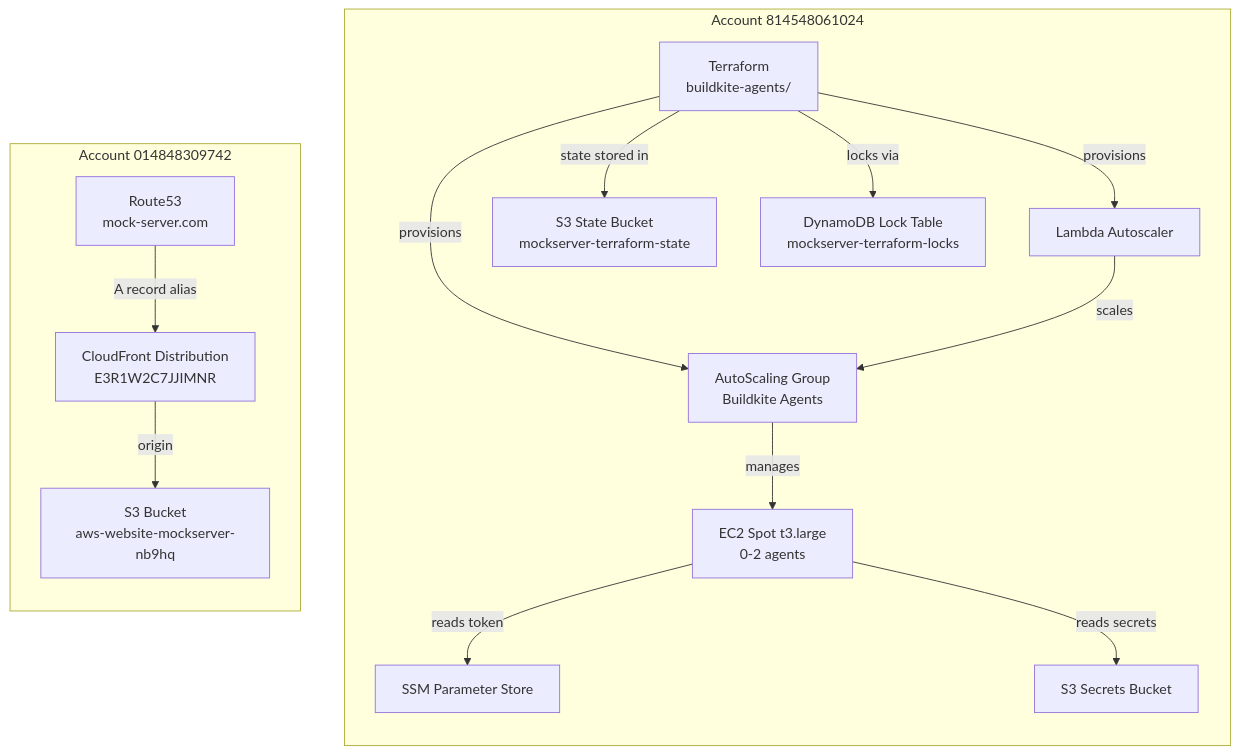
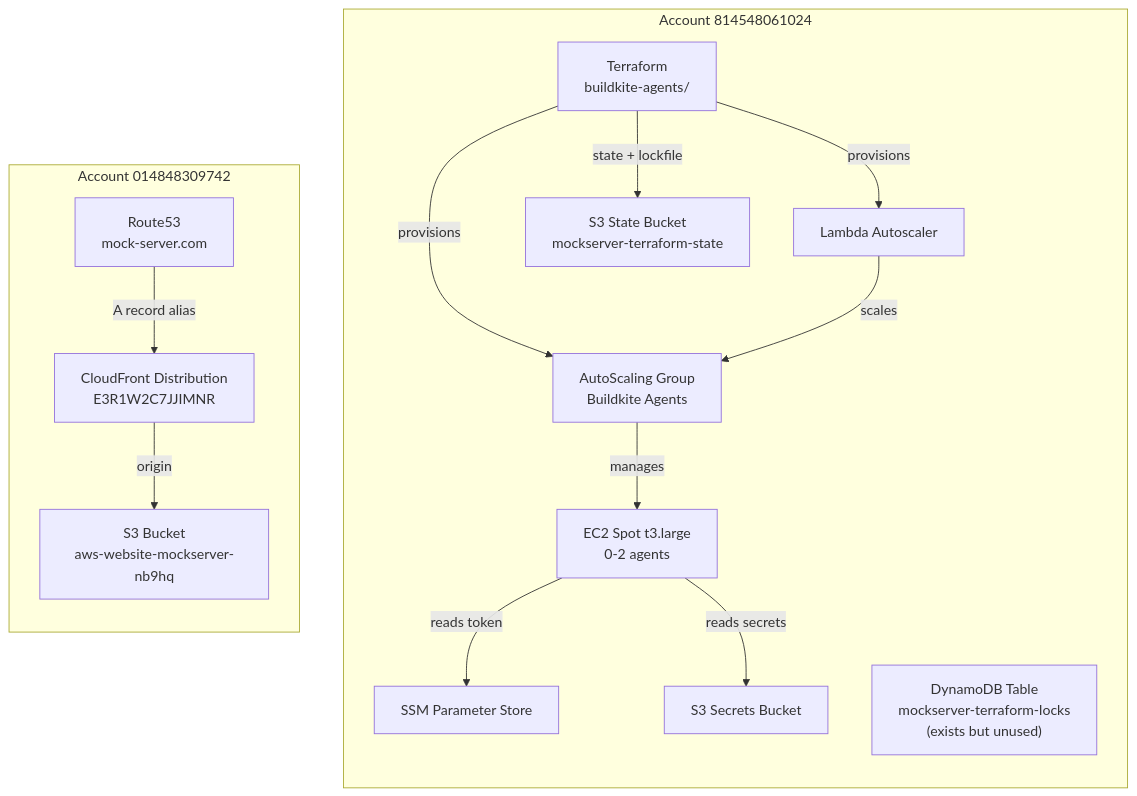
Before and after one commit to mock-server/mockserver: the first of 6 diagrams in docs/infrastructure/aws-infrastructure.md, drawn with Mermaid. The commit also changed other lines of this file and 18 other files, not shown here.

````diff
--- a/docs/infrastructure/aws-infrastructure.md
+++ b/docs/infrastructure/aws-infrastructure.md
@@ -7,33 +7,32 @@
 ```mermaid
 graph TB
     subgraph "Account 814548061024"
         direction TB
         TF["Terraform<br/>buildkite-agents/"]
         ASG[AutoScaling Group<br/>Buildkite Agents]
         LAMBDA[Lambda Autoscaler]
         EC2[EC2 Spot t3.large<br/>0-2 agents]
         SSM[SSM Parameter Store]
         S3_SECRETS[S3 Secrets Bucket]
         S3_STATE["S3 State Bucket<br/>mockserver-terraform-state"]
-        DDB["DynamoDB Lock Table<br/>mockserver-terraform-locks"]
+        DDB["DynamoDB Table<br/>mockserver-terraform-locks<br/>(exists but unused)"]
     end
 
     subgraph "Account 014848309742"
         direction TB
         S3[S3 Bucket<br/>aws-website-mockserver-nb9hq]
         CDN[CloudFront Distribution<br/>E3R1W2C7JJIMNR]
         R53[Route53<br/>mock-server.com]
     end
 
     TF -->|provisions| ASG
     TF -->|provisions| LAMBDA
-    TF -->|state stored in| S3_STATE
-    TF -->|locks via| DDB
+    TF -->|state + lockfile| S3_STATE
     LAMBDA -->|scales| ASG
     ASG -->|manages| EC2
     EC2 -->|reads token| SSM
     EC2 -->|reads secrets| S3_SECRETS
 
     R53 -->|A record alias| CDN
     CDN -->|origin| S3
 ```
````
